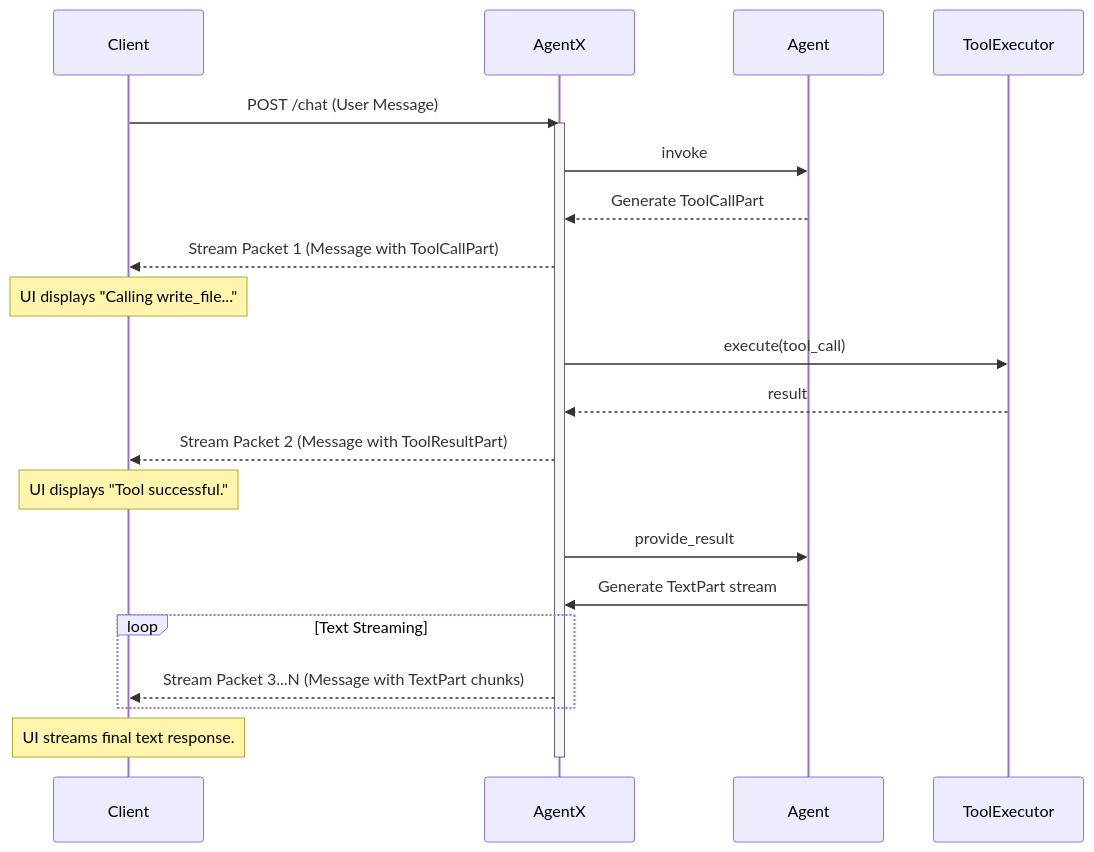
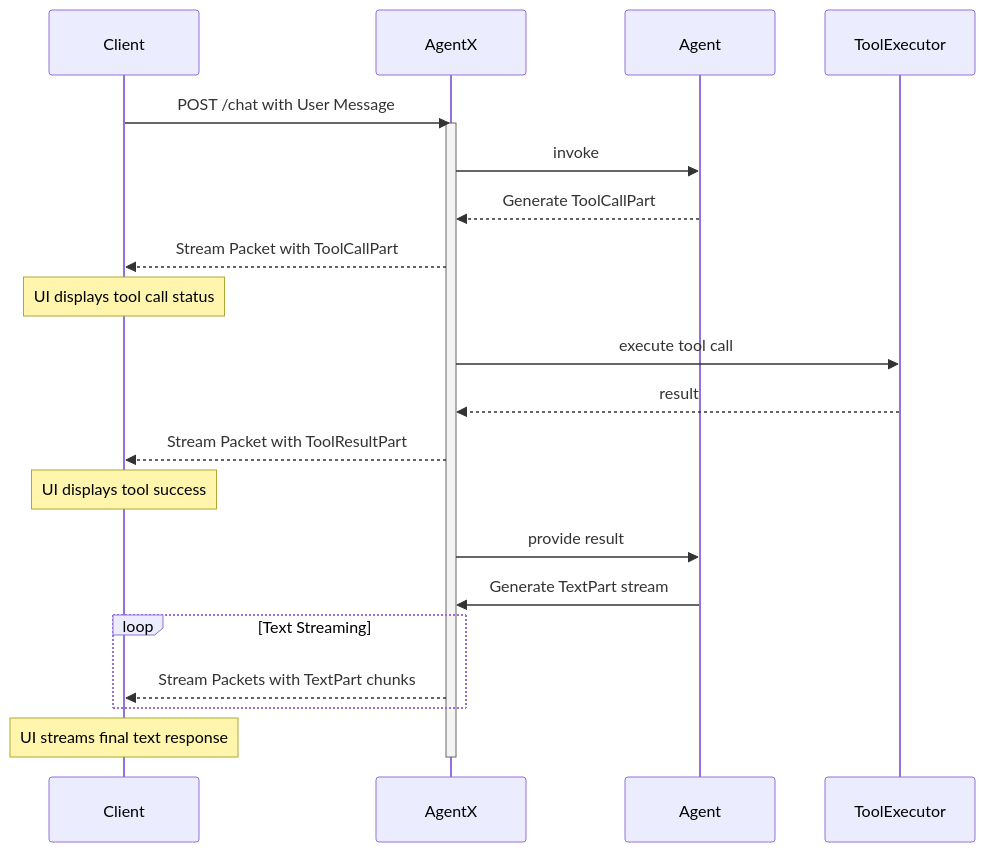
The diagram in docs/content/docs/design/communication.mdx (dustland/roboco), drawn with Mermaid before and after one commit. The commit also changed 4 other files, not shown here.

````diff
--- a/docs/content/docs/design/communication.mdx
+++ b/docs/content/docs/design/communication.mdx
@@ -238,32 +238,32 @@
 ```mermaid
 sequenceDiagram
     participant Client
     participant AgentX
     participant Agent
     participant ToolExecutor
 
-    Client->>AgentX: POST /chat (User Message)
+    Client->>AgentX: POST /chat with User Message
 
     activate AgentX
     AgentX->>Agent: invoke
 
     Agent-->>AgentX: Generate ToolCallPart
-    AgentX-->>Client: Stream Packet 1 (Message with ToolCallPart)
-    Note over Client: UI displays "Calling write_file..."
+    AgentX-->>Client: Stream Packet with ToolCallPart
+    Note over Client: UI displays tool call status
 
-    AgentX->>ToolExecutor: execute(tool_call)
+    AgentX->>ToolExecutor: execute tool call
     ToolExecutor-->>AgentX: result
 
-    AgentX-->>Client: Stream Packet 2 (Message with ToolResultPart)
-    Note over Client: UI displays "Tool successful."
+    AgentX-->>Client: Stream Packet with ToolResultPart
+    Note over Client: UI displays tool success
 
-    AgentX->>Agent: provide_result
+    AgentX->>Agent: provide result
     Agent->>AgentX: Generate TextPart stream
 
     loop Text Streaming
-        AgentX-->>Client: Stream Packet 3...N (Message with TextPart chunks)
+        AgentX-->>Client: Stream Packets with TextPart chunks
     end
-    Note over Client: UI streams final text response.
+    Note over Client: UI streams final text response
 
     deactivate AgentX
 ```
````
